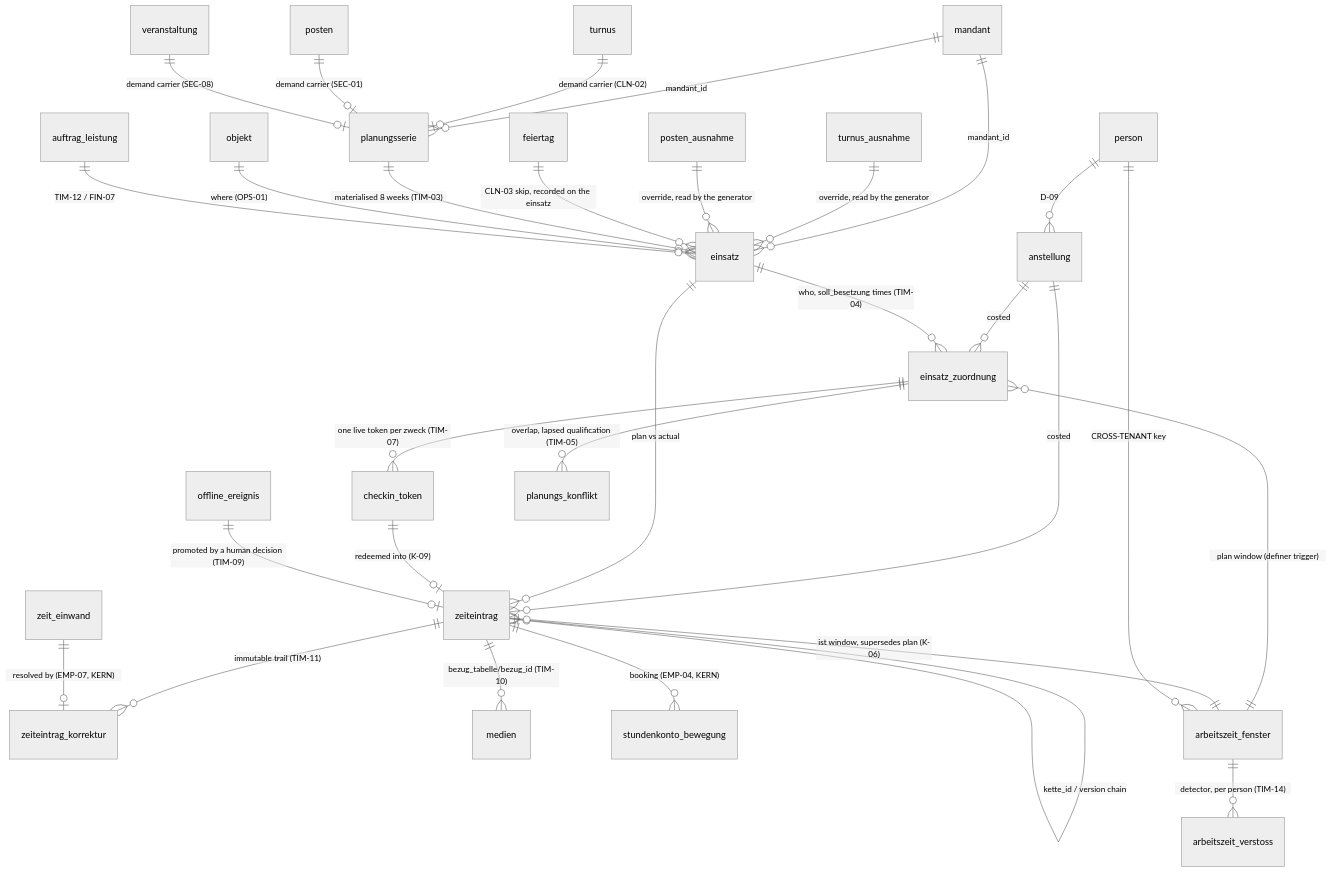
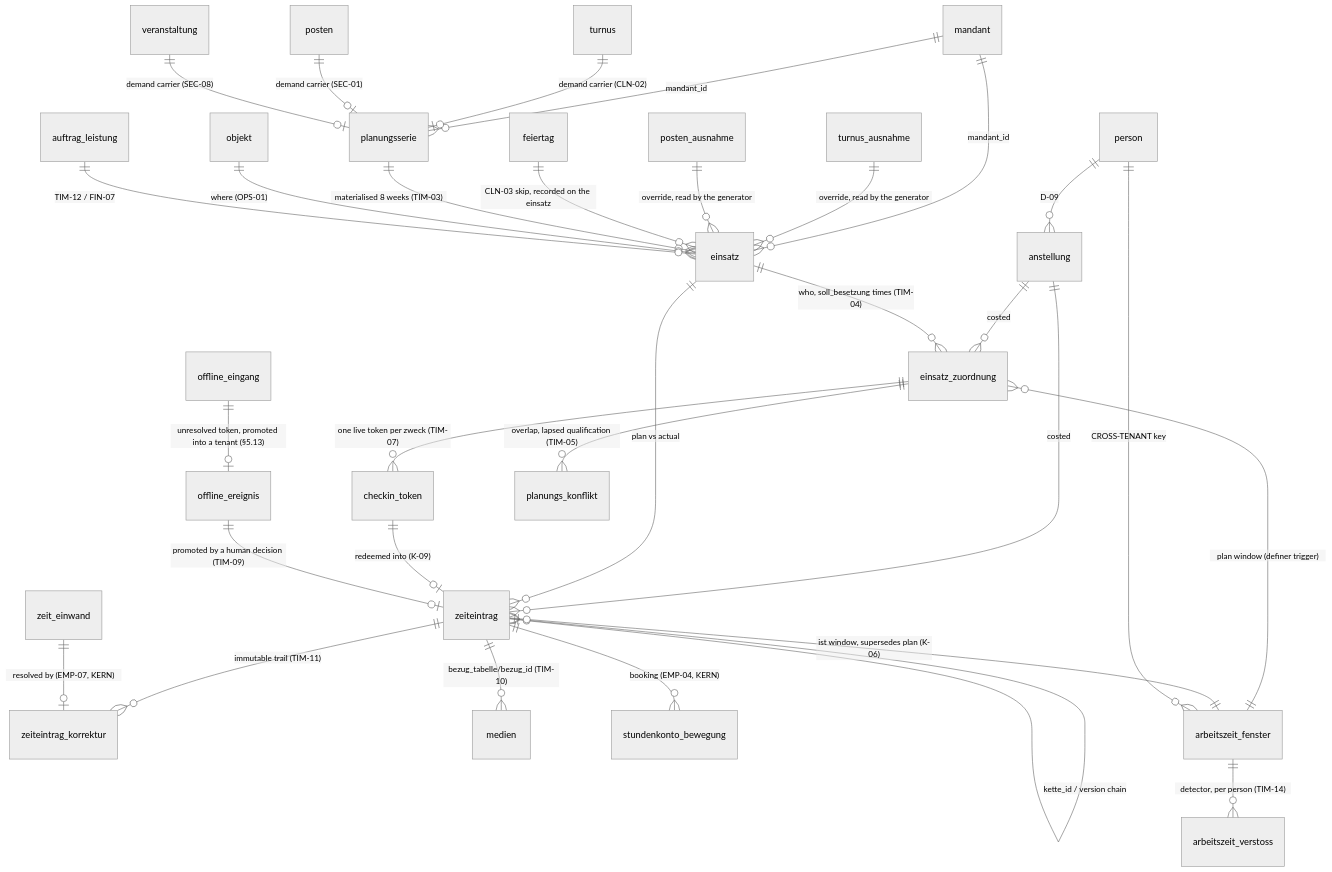
Before and after one commit to sargoun/cse-platform: the diagram in docs/architecture/02-datenmodell/04-PLANUNG-ZEIT.md, drawn with Mermaid (neutral theme). The commit also changed other lines of this file and 12 other files, not shown here.

````diff
--- a/docs/architecture/02-datenmodell/04-PLANUNG-ZEIT.md
+++ b/docs/architecture/02-datenmodell/04-PLANUNG-ZEIT.md
@@ -529,36 +601,37 @@
 ```mermaid
 erDiagram
     mandant     ||--o{ planungsserie : "mandant_id"
     mandant     ||--o{ einsatz : "mandant_id"
     person      ||--o{ anstellung : "D-09"
     anstellung  ||--o{ einsatz_zuordnung : "costed"
     anstellung  ||--o{ zeiteintrag : "costed"
 
     turnus        ||--o| planungsserie : "demand carrier (CLN-02)"
     posten        ||--o| planungsserie : "demand carrier (SEC-01)"
     veranstaltung ||--o| planungsserie : "demand carrier (SEC-08)"
     turnus_ausnahme ||--o{ einsatz : "override, read by the generator"
     posten_ausnahme ||--o{ einsatz : "override, read by the generator"
     feiertag      ||--o{ einsatz : "CLN-03 skip, recorded on the einsatz"
 
     planungsserie ||--o{ einsatz : "materialised 8 weeks (TIM-03)"
     objekt        ||--o{ einsatz : "where (OPS-01)"
     auftrag_leistung ||--o{ einsatz : "TIM-12 / FIN-07"
     einsatz       ||--o{ einsatz_zuordnung : "who, soll_besetzung times (TIM-04)"
     einsatz       ||--o{ zeiteintrag : "plan vs actual"
     einsatz_zuordnung ||--o{ checkin_token : "one live token per zweck (TIM-07)"
     checkin_token ||--o| zeiteintrag : "redeemed into (K-09)"
 
     zeiteintrag ||--o{ zeiteintrag_korrektur : "immutable trail (TIM-11)"
     zeiteintrag ||--o{ zeiteintrag : "kette_id / version chain"
     zeiteintrag ||--o{ medien : "bezug_tabelle/bezug_id (TIM-10)"
     zeit_einwand ||--o| zeiteintrag_korrektur : "resolved by (EMP-07, KERN)"
     zeiteintrag ||--o{ stundenkonto_bewegung : "booking (EMP-04, KERN)"
     offline_ereignis ||--o| zeiteintrag : "promoted by a human decision (TIM-09)"
+    offline_eingang ||--o| offline_ereignis : "unresolved token, promoted into a tenant (§5.13)"
 
     einsatz_zuordnung }o--|| arbeitszeit_fenster : "plan window (definer trigger)"
     zeiteintrag       }o--|| arbeitszeit_fenster : "ist window, supersedes plan (K-06)"
     arbeitszeit_fenster ||--o{ arbeitszeit_verstoss : "detector, per person (TIM-14)"
     person      ||--o{ arbeitszeit_fenster : "CROSS-TENANT key"
     einsatz_zuordnung ||--o{ planungs_konflikt : "overlap, lapsed qualification (TIM-05)"
 ```
````
